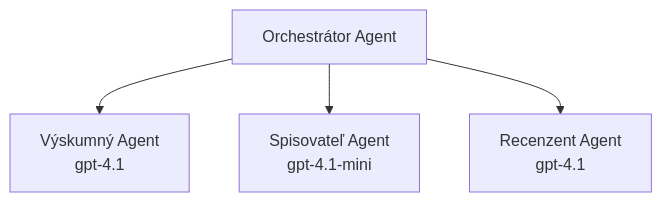
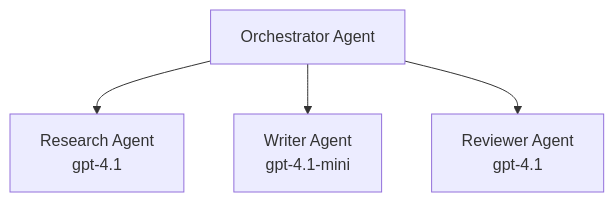
The third of 3 diagrams in translations/sk/docs/chapter-02-ai-development/agents.md (microsoft/AZD-for-beginners), drawn with Mermaid before and after one commit. The commit also changed other lines of this file and 57 other files, not shown here.

````diff
--- a/translations/sk/docs/chapter-02-ai-development/agents.md
+++ b/translations/sk/docs/chapter-02-ai-development/agents.md
@@ -201,6 +194,6 @@
 ```mermaid
 graph TD
-    Orchestrator[Orchestrátor Agent] --> Research[Výskumný Agent<br/>gpt-4.1]
-    Orchestrator --> Writer[Spisovateľ Agent<br/>gpt-4.1-mini]
-    Orchestrator --> Reviewer[Recenzent Agent<br/>gpt-4.1]
+    Orchestrator[Orchestrator Agent] --> Research[Research Agent<br/>gpt-4.1]
+    Orchestrator --> Writer[Writer Agent<br/>gpt-4.1-mini]
+    Orchestrator --> Reviewer[Reviewer Agent<br/>gpt-4.1]
 ```
````
